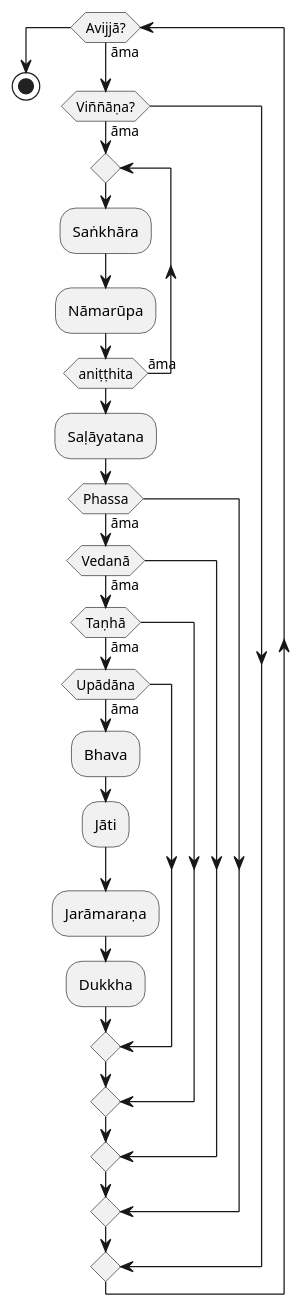
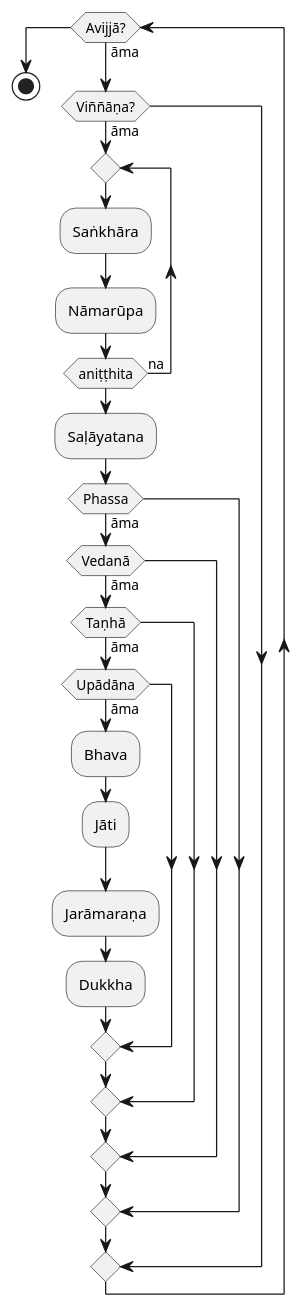
One commit to santidhammo/dependent-origination-plantuml changed the diagram in dependent-origination.plantuml. Above: the diagram before and after it, drawn with PlantUML.

Commit message:
"āma" should be "na" in the case of aniṭṭhita

```diff
--- a/dependent-origination.plantuml
+++ b/dependent-origination.plantuml
@@ -1,32 +1,32 @@
 @startuml
 
 while (Avijjā?)              is (āma)
 if    (Viññāṇa?)             then (āma)
 
 repeat
     :Saṅkhāra;
     :Nāmarūpa;
-repeat while (aniṭṭhita) is (āma)
+repeat while (aniṭṭhita) is (na)
 :Saḷāyatana;
 
 
 if    (Phassa)               then (āma)
 if    (Vedanā)               then (āma)
 if    (Taṇhā)                then (āma)
 if    (Upādāna)              then (āma)
 
 :Bhava;
 :Jāti;
 :Jarāmaraṇa;
 :Dukkha;
     
 endif
 endif
 endif
 endif
 endif
 endwhile
 
 stop
     
 @enduml
```
